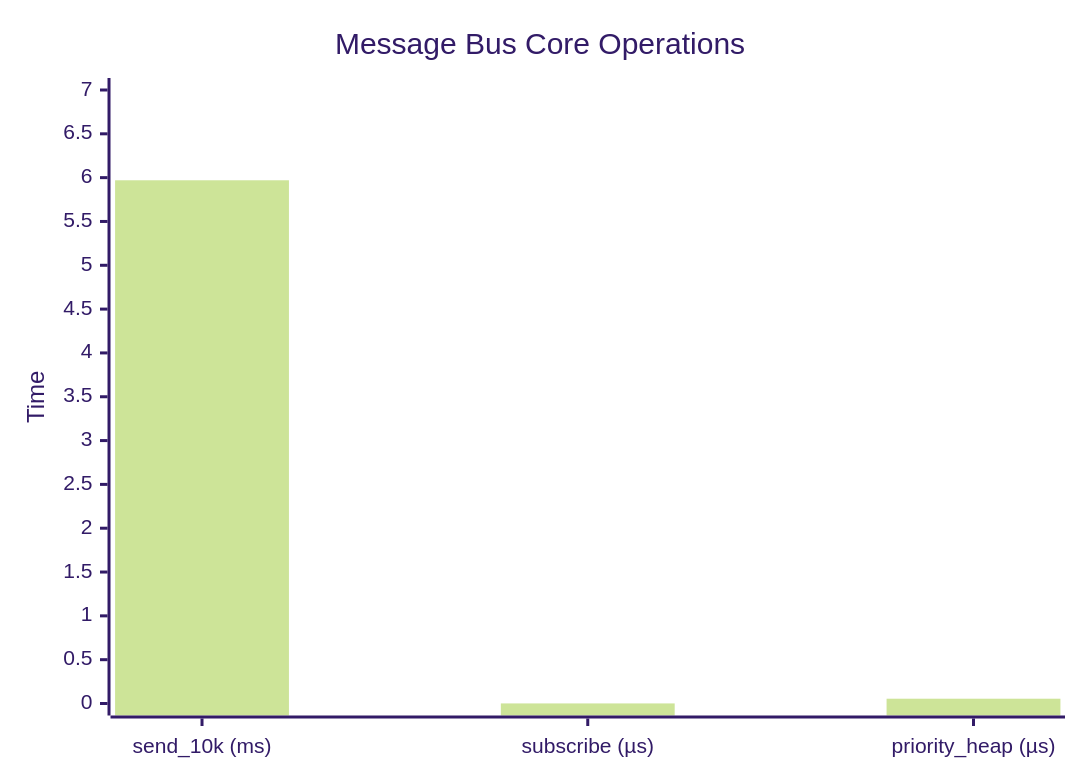
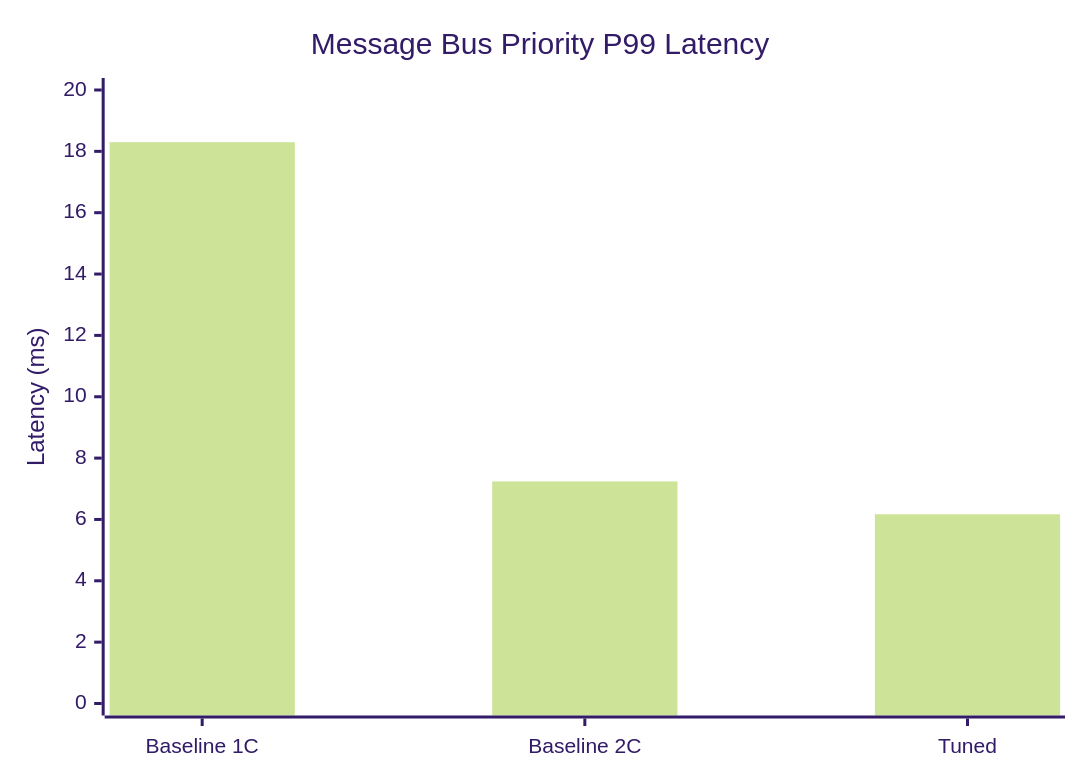
Before and after one commit to Rafned/Krait-Ecosystem: the first of 7 diagrams in docs/BENCHMARKS.MD, drawn with Mermaid (forest theme). The commit also changed other lines of this file, not shown here.

````diff
--- a/docs/BENCHMARKS.MD
+++ b/docs/BENCHMARKS.MD
@@ -103,7 +114,7 @@
 ```mermaid
 xychart-beta
-    title "Message Bus Core Operations"
-    x-axis ["send_10k (ms)", "subscribe (µs)", "priority_heap (µs)"]
-    y-axis "Time" 0 --> 7
-    bar [5.97, 0.000892, 0.0546]
+    title "Message Bus Priority P99 Latency"
+    x-axis ["Baseline 1C", "Baseline 2C", "Tuned"]
+    y-axis "Latency (ms)" 0 --> 20
+    bar [18.3, 7.24, 6.17]
 ```
````
